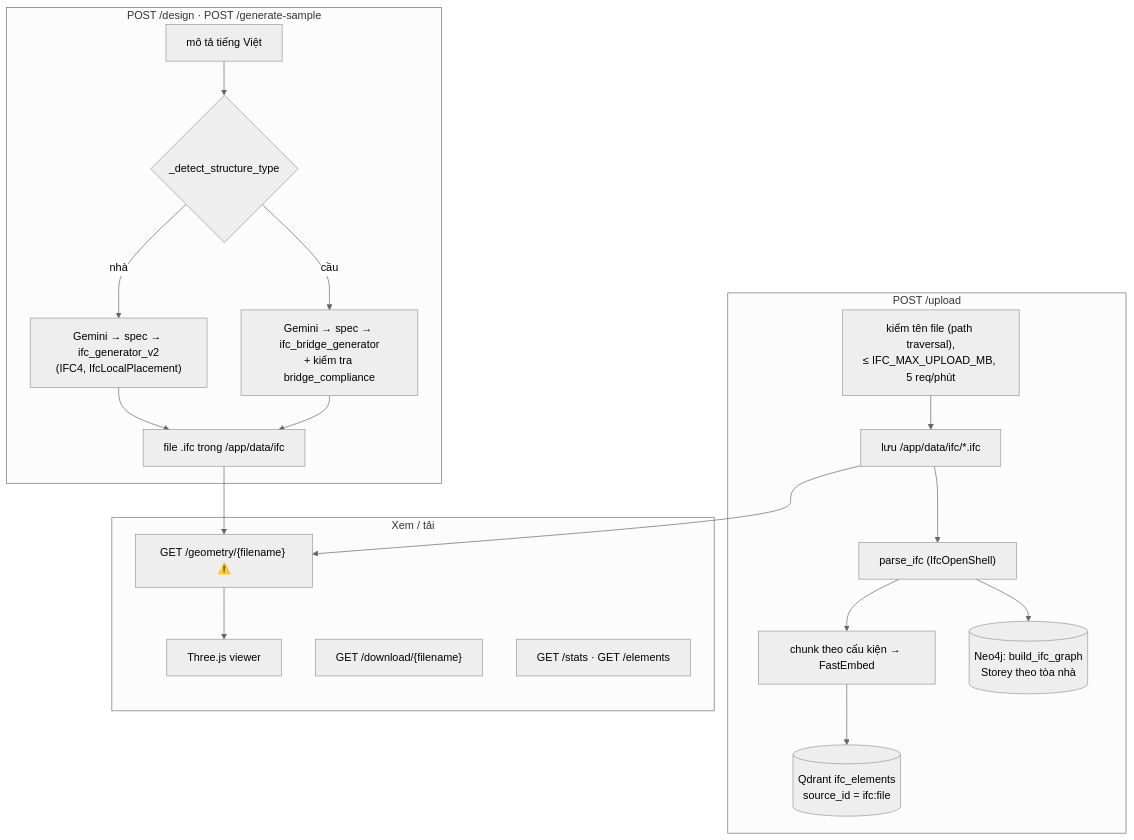
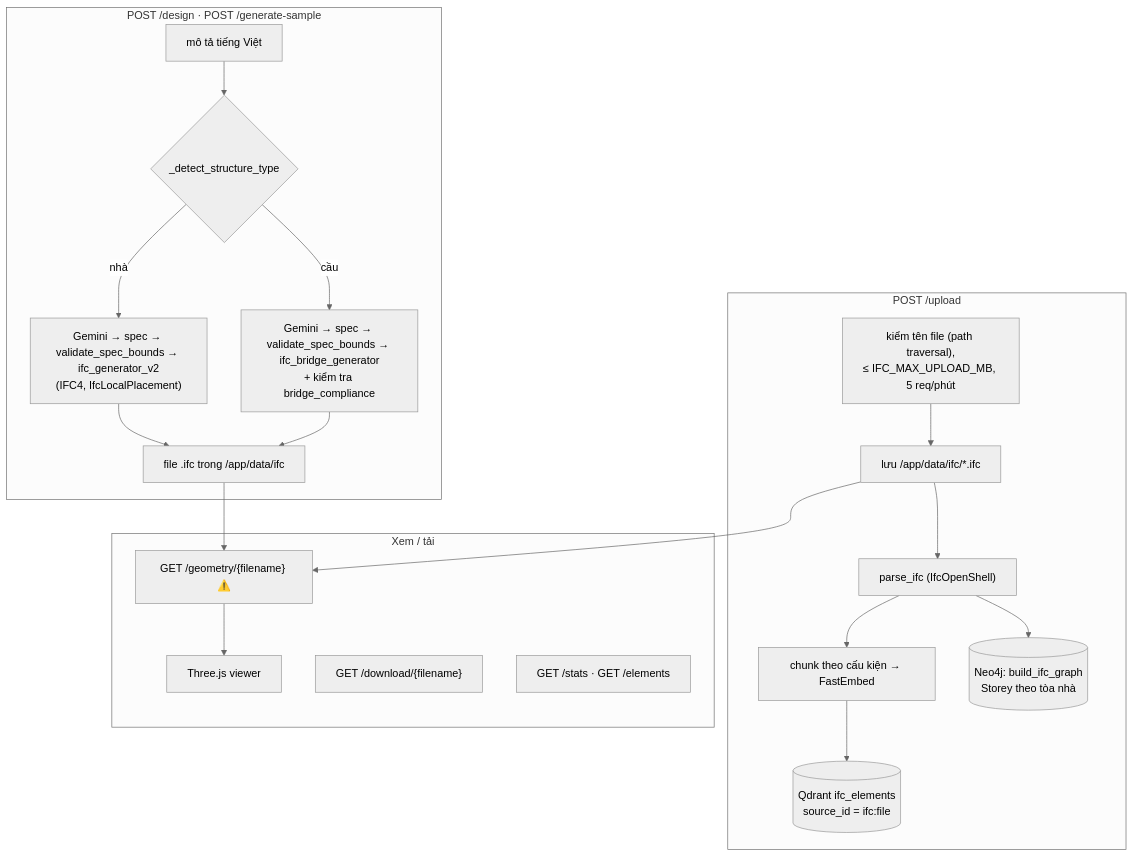
Before and after one commit to NhanNHSE/bim-agent: the third of 5 diagrams in docs/ARCHITECTURE.md, drawn with Mermaid (neutral theme). The commit also changed other lines of this file, not shown here.

Commit message:
docs: architecture reflects guardrails batch 1

````diff
--- a/docs/ARCHITECTURE.md
+++ b/docs/ARCHITECTURE.md
@@ -81,24 +82,24 @@
 ```mermaid
 flowchart TD
     subgraph up["POST /upload"]
         U1["kiểm tên file (path traversal),<br/>≤ IFC_MAX_UPLOAD_MB, 5 req/phút"] --> U2["lưu /app/data/ifc/*.ifc"]
         U2 --> U3["parse_ifc (IfcOpenShell)"]
         U3 --> U4["chunk theo cấu kiện → FastEmbed"]
         U4 --> U5[("Qdrant ifc_elements<br/>source_id = ifc:file")]
         U3 --> U6[("Neo4j: build_ifc_graph<br/>Storey theo tòa nhà")]
     end
     subgraph de["POST /design · POST /generate-sample"]
         D1["mô tả tiếng Việt"] --> D2{"_detect_structure_type"}
-        D2 -->|nhà| D3["Gemini → spec → ifc_generator_v2<br/>(IFC4, IfcLocalPlacement)"]
-        D2 -->|cầu| D4["Gemini → spec → ifc_bridge_generator<br/>+ kiểm tra bridge_compliance"]
+        D2 -->|nhà| D3["Gemini → spec → validate_spec_bounds → ifc_generator_v2<br/>(IFC4, IfcLocalPlacement)"]
+        D2 -->|cầu| D4["Gemini → spec → validate_spec_bounds → ifc_bridge_generator<br/>+ kiểm tra bridge_compliance"]
         D3 --> D5["file .ifc trong /app/data/ifc"]
         D4 --> D5
     end
     subgraph view["Xem / tải"]
         V1["GET /geometry/{filename} ⚠️"] --> V2["Three.js viewer"]
         V3["GET /download/{filename}"]
         V4["GET /stats · GET /elements"]
     end
     D5 --> V1
     U2 --> V1
 ```
````
